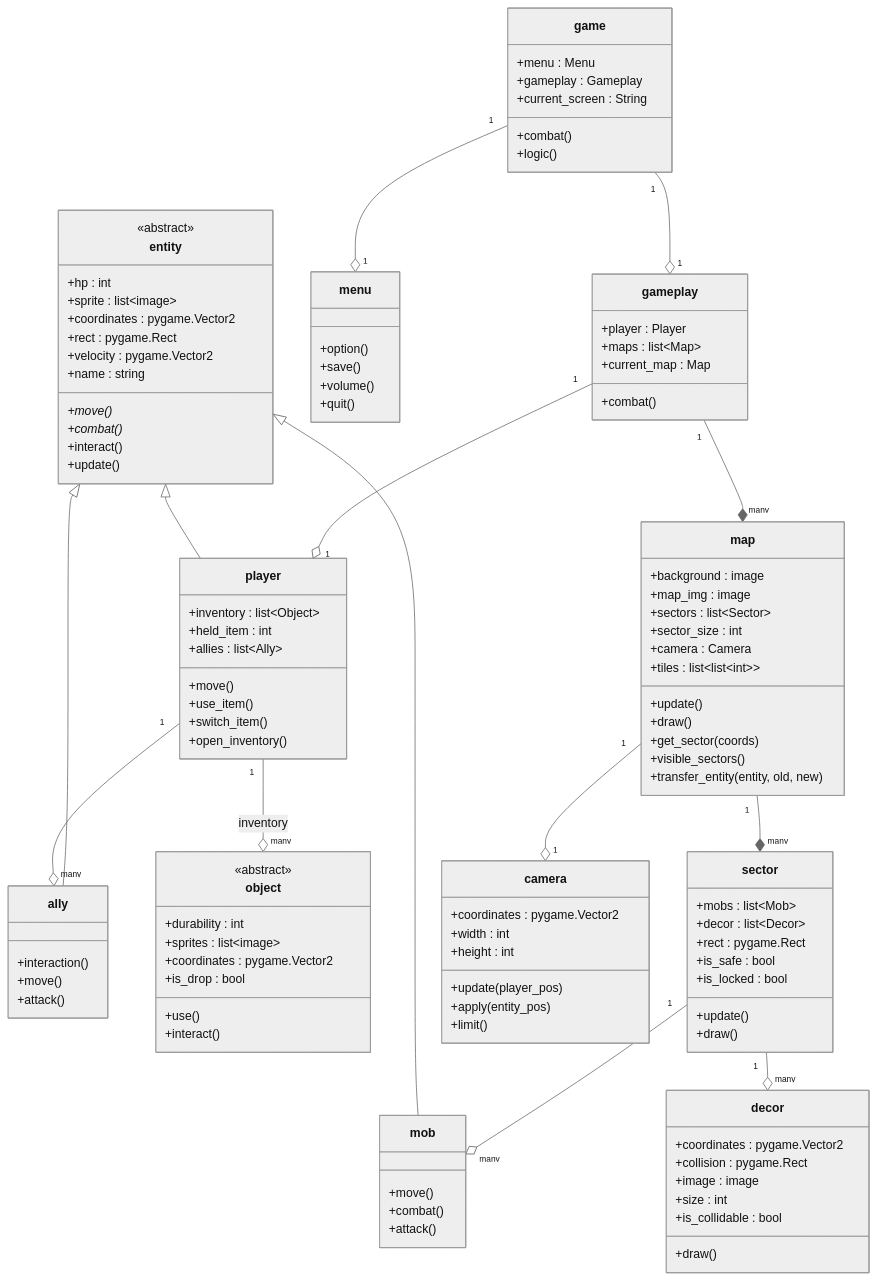
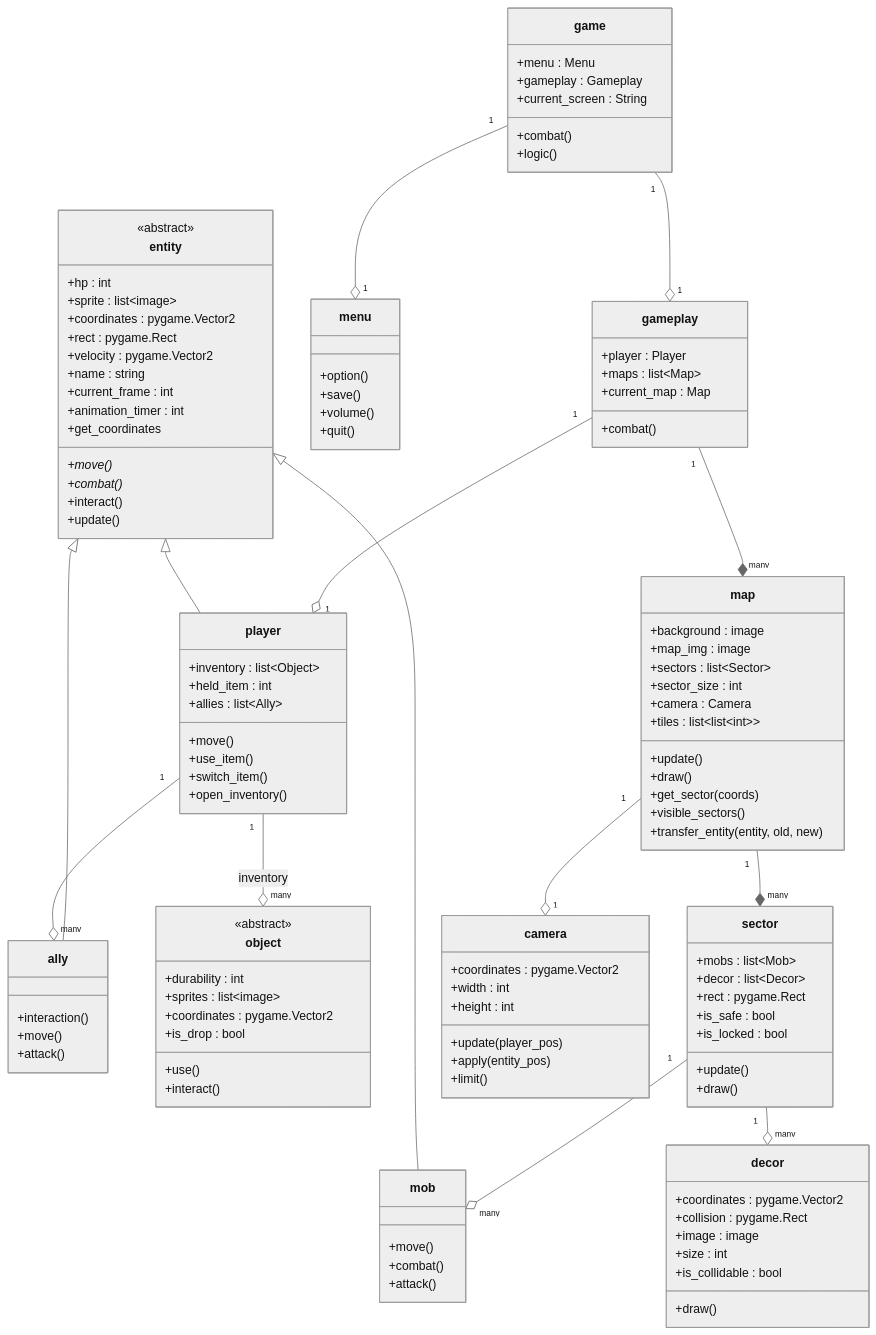
The diagram in classDiagram.mmd (flofgi/Projet-prog-IE), drawn with Mermaid (neutral theme) before and after one commit. The commit also changed 5 other files, not shown here.

```diff
--- a/classDiagram.mmd
+++ b/classDiagram.mmd
@@ -1,129 +1,132 @@
 classDiagram
     class game {
         +combat()
         +menu : Menu
         +gameplay : Gameplay
         +logic()
         +current_screen : String
     }
 
     class gameplay {
         +combat()
         +player : Player
         +maps : list~Map~
         +current_map : Map
     }
 
     class menu {
         +option()
         +save()
         +volume()
         +quit()
     }
 
     class entity {
         <<abstract>>
         +hp : int
         +sprite : list~image~
         +coordinates : pygame.Vector2
         +rect : pygame.Rect
         +velocity : pygame.Vector2
+        +name : string
+        +current_frame : int
+        +animation_timer : int
         +move()*
         +combat()*
         +interact()
         +update()
-        +name : string
+        +get_coordinates
     }
 
     class mob {
         +move()
         +combat()
         +attack()
     }
 
     class player {
         +inventory : list~Object~
         +held_item : int
         +allies : list~Ally~
         +move()
         +use_item()
         +switch_item()
         +open_inventory()
     }
 
     class ally {
         +interaction()
         +move()
         +attack()
     }
 
     class object {
         <<abstract>>
         +durability : int
         +sprites : list~image~
         +coordinates : pygame.Vector2
         +is_drop : bool
         +use()
         +interact()
     }
 
     class map {
         +background : image
         +map_img : image
         +sectors : list~Sector~
         +sector_size : int
         +camera : Camera
         +tiles : list~list~int~~
         +update()
         +draw()
         +get_sector(coords)
         +visible_sectors()
         +transfer_entity(entity, old, new)
     }
 
     class sector {
         +mobs : list~Mob~
         +decor : list~Decor~
         +rect : pygame.Rect
         +is_safe : bool
         +is_locked : bool
         +update()
         +draw()
     }
 
     class decor {
         +coordinates : pygame.Vector2
         +collision : pygame.Rect
         +image : image
         +size : int
         +is_collidable : bool
         +draw()
     }
 
     class camera {
         +coordinates : pygame.Vector2
         +width : int
         +height : int
         +update(player_pos)
         +apply(entity_pos)
         +limit()
     }
 
     %% Relations
     game "1" --o "1" menu
     game "1" --o "1" gameplay
     gameplay "1" --* "many" map
     gameplay "1" --o "1" player
     
     map "1" --* "many" sector
     map "1" --o "1" camera
     
     sector "1" --o "many" mob
     sector "1" --o "many" decor
     
     entity <|-- mob
     entity <|-- player
     entity <|-- ally
     
     player "1" --o "many" object : inventory
     player "1" --o "many" ally
```
